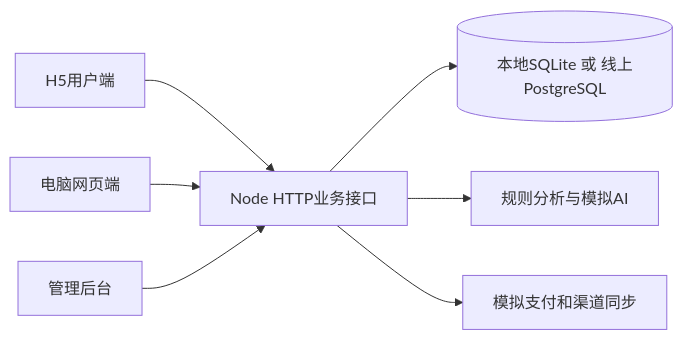
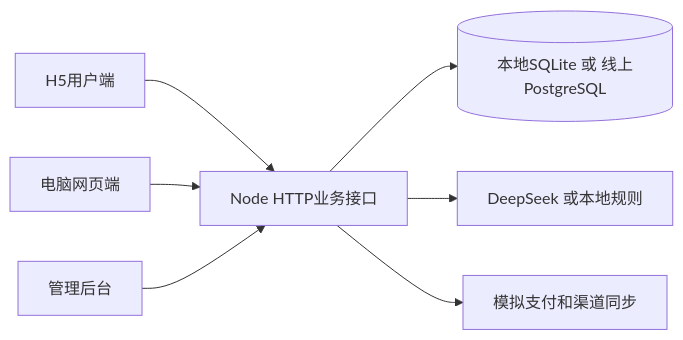
One commit to zhouder/internship changed the first of 2 diagrams in guiyan-demo/docs/ARCHITECTURE.md. Above: the diagram before and after it, drawn with Mermaid. The commit also changed other lines of this file and 16 other files, not shown here.

Commit message:
Connect DeepSeek assistants with private context and bounded usage

````diff
--- a/guiyan-demo/docs/ARCHITECTURE.md
+++ b/guiyan-demo/docs/ARCHITECTURE.md
@@ -5,9 +5,9 @@
 ```mermaid
 flowchart LR
   H[H5用户端] --> A[Node HTTP业务接口]
   M[电脑网页端] --> A
   B[管理后台] --> A
   A --> D[(本地SQLite 或 线上PostgreSQL)]
-  A --> R[规则分析与模拟AI]
+  A --> R[DeepSeek 或本地规则]
   A --> S[模拟支付和渠道同步]
 ```
````
